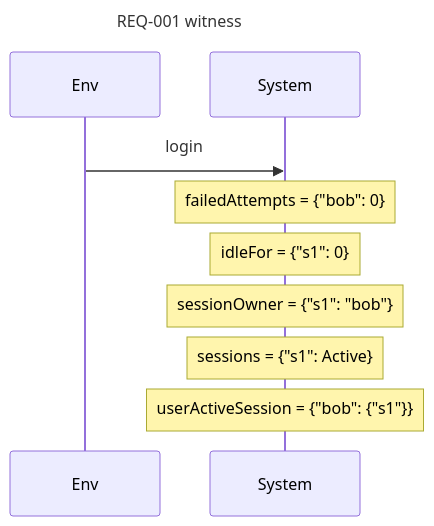
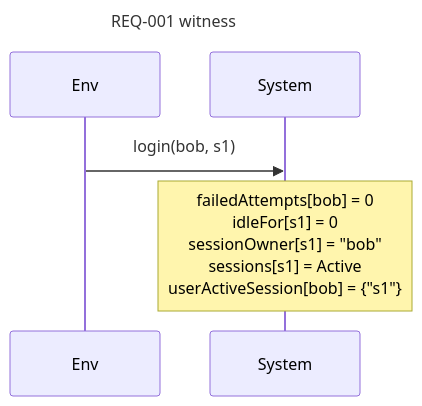
The third of 9 diagrams in examples/specs/auth.readback.md (AlesKracik/quintessence), drawn with Mermaid before and after one commit. The commit also changed other lines of this file and 17 other files, not shown here.

````diff
--- a/examples/specs/auth.readback.md
+++ b/examples/specs/auth.readback.md
@@ -216,12 +240,8 @@
 ```mermaid
 sequenceDiagram
     title REQ-001 witness
     participant E as Env
     participant S as System
-    E->>S: login
-    Note over S: failedAttempts = {"bob": 0}
-    Note over S: idleFor = {"s1": 0}
-    Note over S: sessionOwner = {"s1": "bob"}
-    Note over S: sessions = {"s1": Active}
-    Note over S: userActiveSession = {"bob": {"s1"}}
+    E->>S: login(bob, s1)
+    Note over S: failedAttempts[bob] = 0<br/>idleFor[s1] = 0<br/>sessionOwner[s1] = "bob"<br/>sessions[s1] = Active<br/>userActiveSession[bob] = {"s1"}
 ```
````
